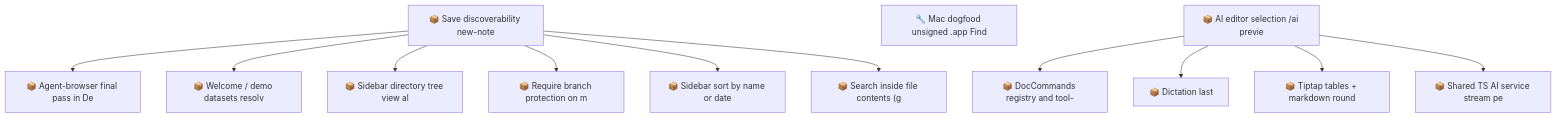
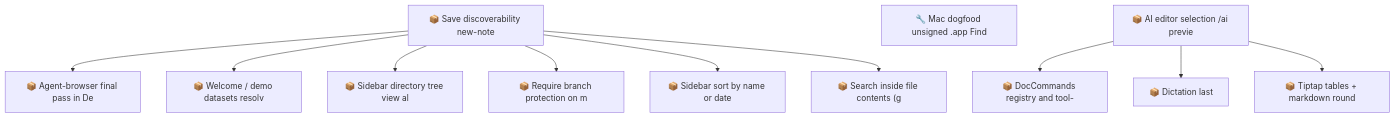
One commit to SpillwaveSolutions/motion changed the second of 2 diagrams in docs/roadmap.md. Above: the diagram before and after it, drawn with Mermaid. The commit also changed other lines of this file and 24 other files, not shown here.

First line of the commit message:
feat: stream Ask AI over a shared TS service (#44)

````diff
--- a/docs/roadmap.md
+++ b/docs/roadmap.md
@@ -113,26 +109,24 @@
 ```mermaid
 graph TD
     01KYQYYN3SBWDT25TC6H3G4EAA["📦 Save discoverability new-note"]
     01KYQYYN3T2SSGG33ESEWPXKH8["📦 Agent-browser final pass in De"]
     01KYQYYN3T3VB8RCTMJJ13FK2H["📦 Welcome / demo datasets resolv"]
     01KYQYYN3T5W49QH05WCCYX7CE["📦 Sidebar directory tree view al"]
     01KYQYYN3T731B57N8NXQ8C0FQ["📦 Require branch protection on m"]
     01KYQYYN3TA69K8848E483HC82["📦 Sidebar sort by name or date"]
     01KYQYYN3TKW93D9SVW07VKFZY["📦 Search inside file contents (g"]
     01M18Q560MPAYQJTA0W6F4DAW3["🔧 Mac dogfood unsigned .app Find"]
     01M18R79ZM3BMYZ56C7P874YN1["📦 DocCommands registry and tool-"]
     01M18R79ZM90HJ0MBG3CX6VW7E["📦 Dictation last"]
     01M18R79ZMK0DX0PE2DPWMZ60D["📦 Tiptap tables + markdown round"]
-    01M18R79ZMKBXK2PGWR6911MJQ["📦 Shared TS AI service stream pe"]
     01M18R79ZMN53CMV76JFHKVEFN["📦 AI editor selection /ai previe"]
     01KYQYYN3SBWDT25TC6H3G4EAA --> 01KYQYYN3T2SSGG33ESEWPXKH8
     01KYQYYN3SBWDT25TC6H3G4EAA --> 01KYQYYN3T3VB8RCTMJJ13FK2H
     01KYQYYN3SBWDT25TC6H3G4EAA --> 01KYQYYN3T5W49QH05WCCYX7CE
     01KYQYYN3SBWDT25TC6H3G4EAA --> 01KYQYYN3T731B57N8NXQ8C0FQ
     01KYQYYN3SBWDT25TC6H3G4EAA --> 01KYQYYN3TA69K8848E483HC82
     01KYQYYN3SBWDT25TC6H3G4EAA --> 01KYQYYN3TKW93D9SVW07VKFZY
     01M18R79ZMN53CMV76JFHKVEFN --> 01M18R79ZM3BMYZ56C7P874YN1
     01M18R79ZMN53CMV76JFHKVEFN --> 01M18R79ZM90HJ0MBG3CX6VW7E
     01M18R79ZMN53CMV76JFHKVEFN --> 01M18R79ZMK0DX0PE2DPWMZ60D
-    01M18R79ZMN53CMV76JFHKVEFN --> 01M18R79ZMKBXK2PGWR6911MJQ
 ```
````
